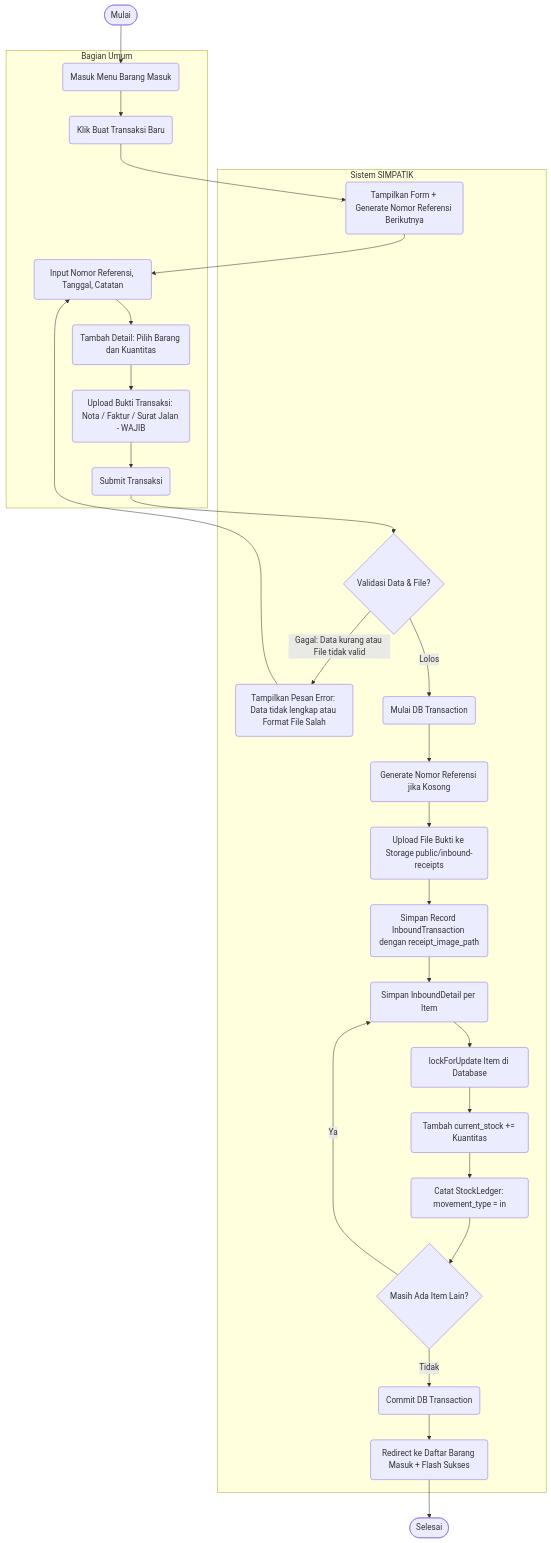
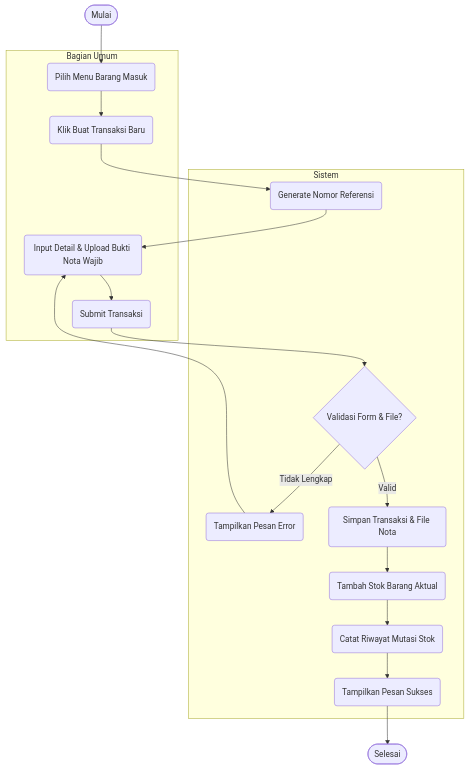
One commit to wahyu2021/SIMPATIK changed the third of 14 diagrams in laporan_activity_diagram.md. Above: the diagram before and after it, drawn with Mermaid. The commit also changed other lines of this file and 34 other files, not shown here.

Commit message:
Menyempurnakan logika seeder (User, Master Barang, dan Transaksi) agar lebih realistis

````diff
--- a/laporan_activity_diagram.md
+++ b/laporan_activity_diagram.md
@@ -122,58 +109,38 @@
 ```mermaid
 flowchart TD
     Start([Mulai])
     End([Selesai])
 
     subgraph BagianUmum [Bagian Umum]
-        A(Masuk Menu Barang Masuk)
+        A(Pilih Menu Barang Masuk)
         B(Klik Buat Transaksi Baru)
-        C(Input Nomor Referensi, Tanggal, Catatan)
-        D(Tambah Detail: Pilih Barang dan Kuantitas)
-        E(Upload Bukti Transaksi: Nota / Faktur / Surat Jalan - WAJIB)
-        F(Submit Transaksi)
+        C(Input Detail & Upload Bukti Nota Wajib)
+        D(Submit Transaksi)
     end
 
-    subgraph Sistem [Sistem SIMPATIK]
-        G(Tampilkan Form + Generate Nomor Referensi Berikutnya)
-        H{Validasi Data & File?}
-        I(Tampilkan Pesan Error: Data tidak lengkap atau Format File Salah)
-        J(Mulai DB Transaction)
-        K(Generate Nomor Referensi jika Kosong)
-        L(Upload File Bukti ke Storage public/inbound-receipts)
-        M(Simpan Record InboundTransaction dengan receipt_image_path)
-        N(Simpan InboundDetail per Item)
-        O(lockForUpdate Item di Database)
-        P(Tambah current_stock += Kuantitas)
-        Q(Catat StockLedger: movement_type = in)
-        R{Masih Ada Item Lain?}
-        S(Commit DB Transaction)
-        T(Redirect ke Daftar Barang Masuk + Flash Sukses)
+    subgraph Sistem
+        E(Generate Nomor Referensi)
+        F{Validasi Form & File?}
+        G(Tampilkan Pesan Error)
+        H(Simpan Transaksi & File Nota)
+        I(Tambah Stok Barang Aktual)
+        J(Catat Riwayat Mutasi Stok)
+        K(Tampilkan Pesan Sukses)
     end
 
     Start --> A
     A --> B
-    B --> G
+    B --> E
+    E --> C
+    C --> D
+    D --> F
+
+    F -- Tidak Lengkap --> G
     G --> C
-    C --> D
-    D --> E
-    E --> F
-    F --> H
 
-    H -- Gagal: Data kurang atau File tidak valid --> I
-    I --> C
-
-    H -- Lolos --> J
+    F -- Valid --> H
+    H --> I
+    I --> J
     J --> K
-    K --> L
-    L --> M
-    M --> N
-    N --> O
-    O --> P
-    P --> Q
-    Q --> R
-
-    R -- Ya --> N
-    R -- Tidak --> S
-    S --> T
-    T --> End
+    K --> End
 ```
````
